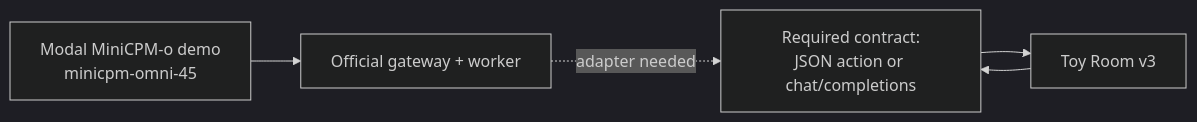
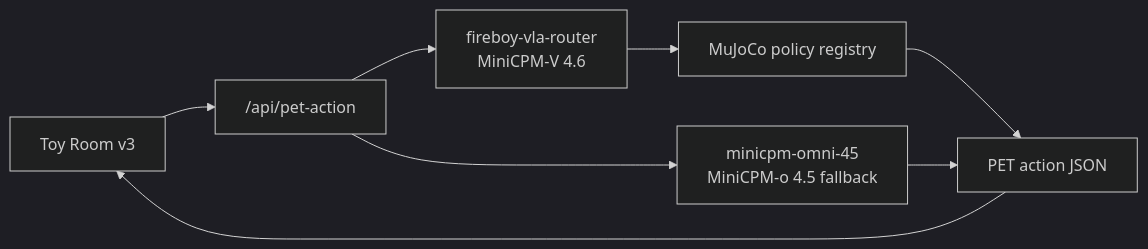
One commit to sanjuhs/build-small-hackathon-v1 changed the fifth of 8 diagrams in docs/virtual-toy-v3-architecture.md. Above: the diagram before and after it, drawn with Mermaid (dark theme). The commit also changed other lines of this file and 10 other files, not shown here.

Commit message:
docs: publish MiniCPM-V VLA artifacts

````diff
--- a/docs/virtual-toy-v3-architecture.md
+++ b/docs/virtual-toy-v3-architecture.md
@@ -181,7 +184,10 @@
 ```mermaid
 flowchart LR
-  Modal["Modal MiniCPM-o demo\nminicpm-omni-45"] --> DemoAPI["Official gateway + worker"]
-  ToyRoom["Toy Room v3"] --> Required["Required contract:\nJSON action or chat/completions"]
-  DemoAPI -. adapter needed .-> Required
-  Required --> ToyRoom
+  ToyRoom["Toy Room v3"] --> API["/api/pet-action"]
+  API --> VLA["fireboy-vla-router\nMiniCPM-V 4.6"]
+  VLA --> MuJoCo["MuJoCo policy registry"]
+  MuJoCo --> Action["PET action JSON"]
+  API --> Omni["minicpm-omni-45\nMiniCPM-o 4.5 fallback"]
+  Omni --> Action
+  Action --> ToyRoom
 ```
````
